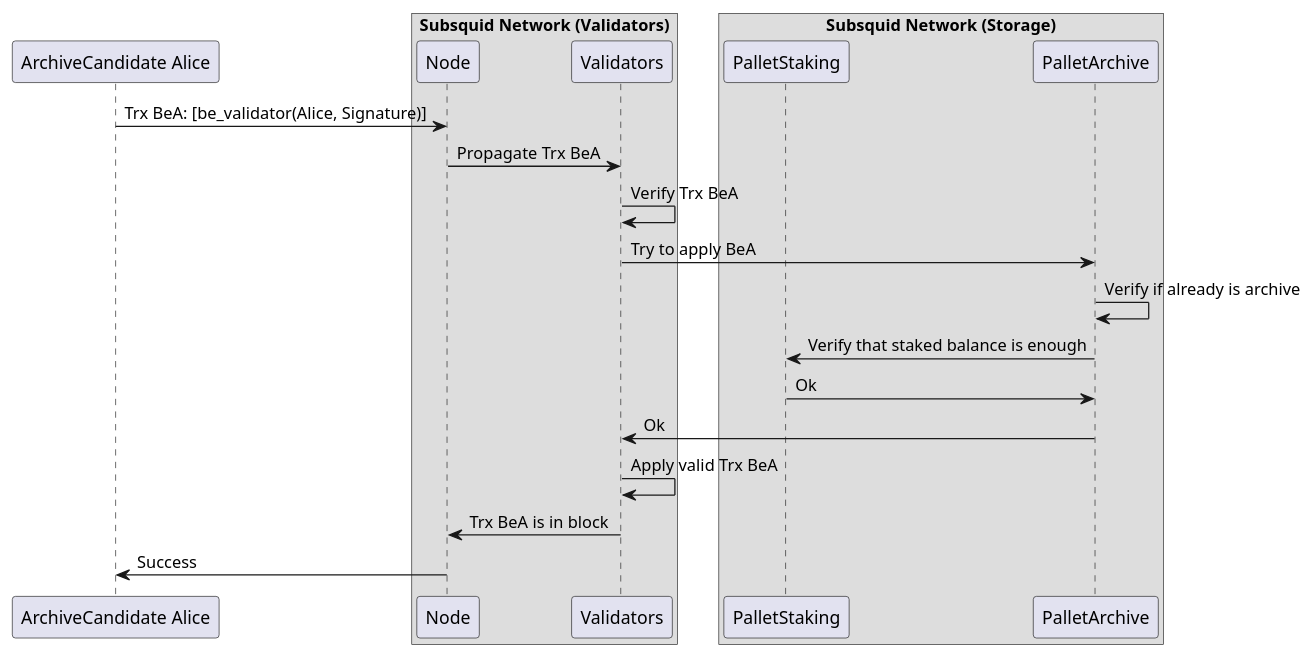
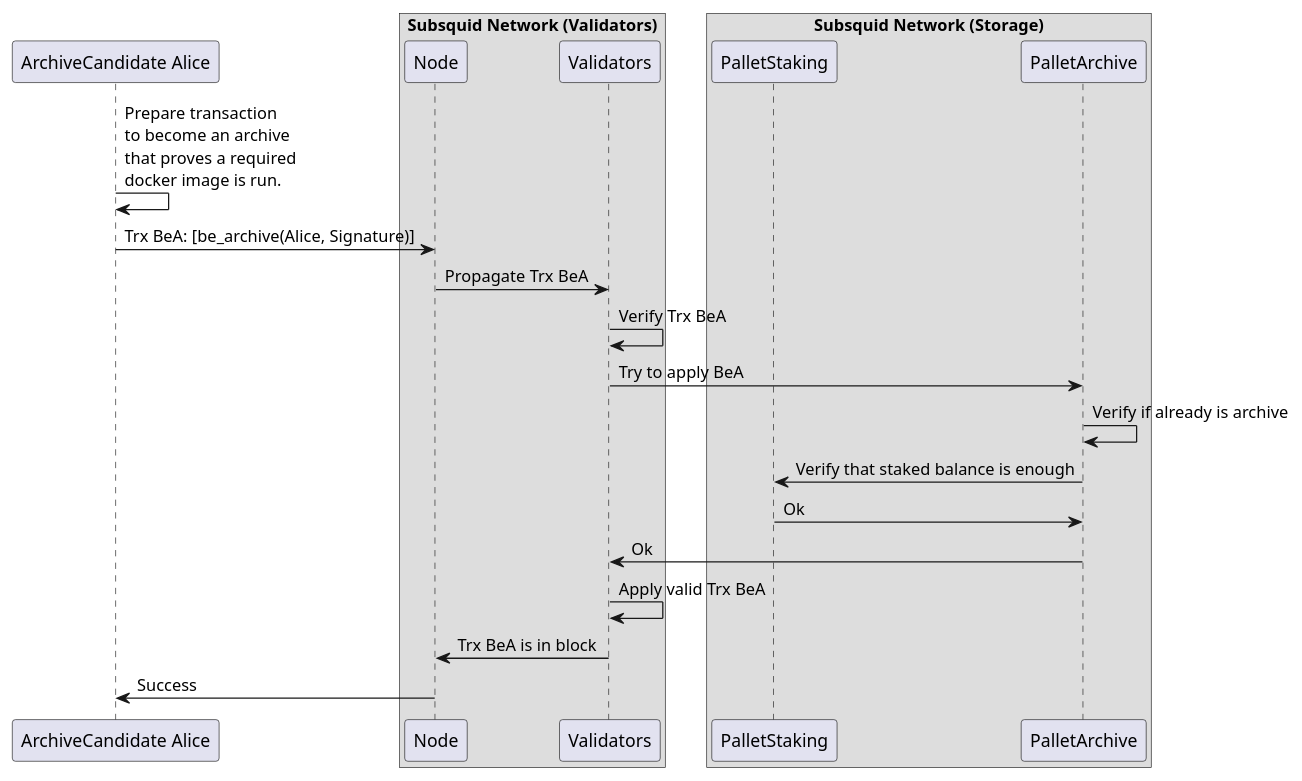
One commit to subsquid/sqd-network changed the diagram in arch/become-archive/become-archive.pu. Above: the diagram before and after it, drawn with PlantUML.

Commit message:
Improve become-archive scheme

```diff
--- a/arch/become-archive/become-archive.pu
+++ b/arch/become-archive/become-archive.pu
@@ -1,33 +1,35 @@
 @startuml become_archive
 
 participant ArchiveCandidate as "ArchiveCandidate Alice"
 
 box "Subsquid Network (Validators)"
   participant Node
   participant Validators
 end box
 
 box "Subsquid Network (Storage)"
   participant PalletStaking
   participant PalletArchive
 end box
 
-ArchiveCandidate -> Node: Trx BeA: [be_validator(Alice, Signature)]
+ArchiveCandidate -> ArchiveCandidate: Prepare transaction\nto become an archive\nthat proves a required\ndocker image is run.
+
+ArchiveCandidate -> Node: Trx BeA: [be_archive(Alice, Signature)]
 Node -> Validators: Propagate Trx BeA
 
 Validators -> Validators: Verify Trx BeA
 Validators -> PalletArchive: Try to apply BeA
 
 PalletArchive -> PalletArchive: Verify if already is archive
 PalletArchive -> PalletStaking: Verify that staked balance is enough
 PalletStaking -> PalletArchive: Ok
 
 PalletArchive -> Validators: Ok
 Validators -> Validators: Apply valid Trx BeA
 
 Validators -> Node: Trx BeA is in block
 Node -> ArchiveCandidate: Success
 
 
 
 @enduml
```
